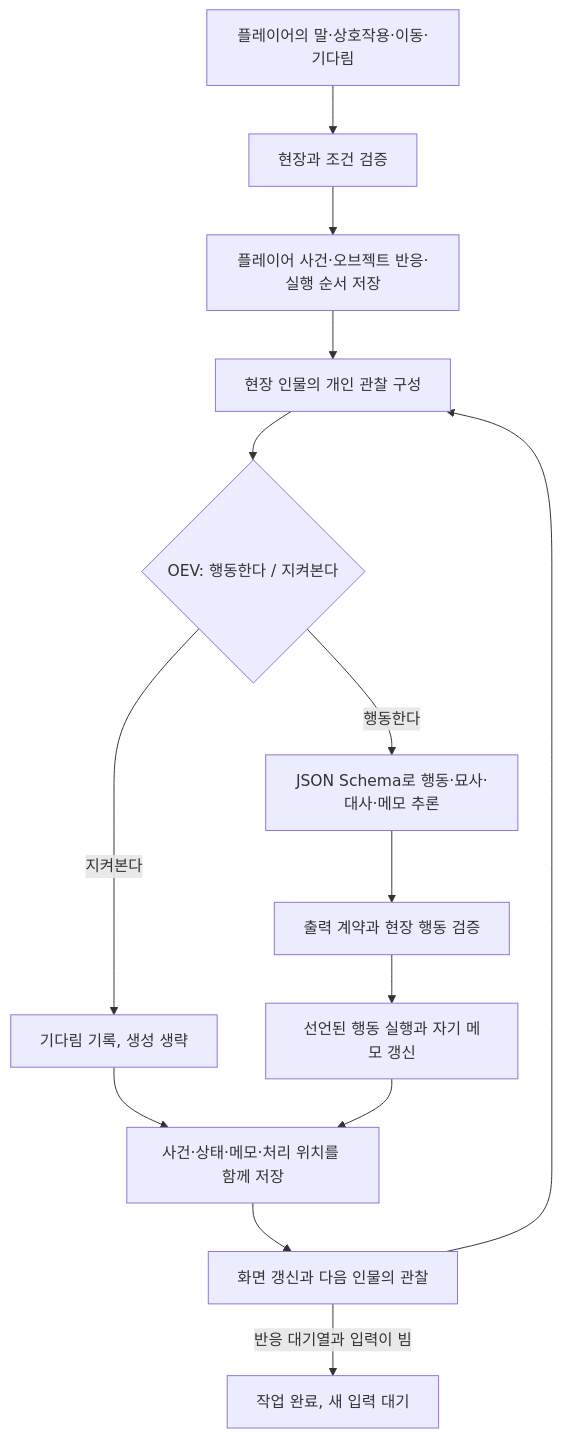
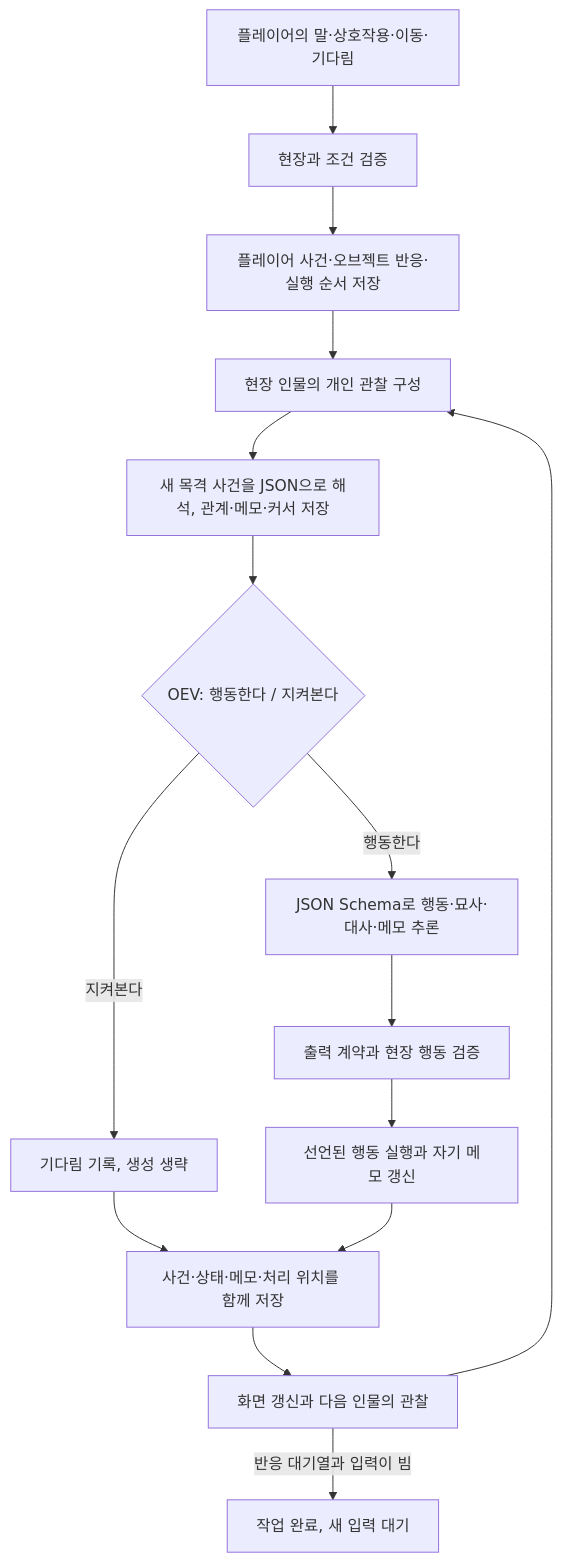
Before and after one commit to snowmerak/newera: the diagram in docs/PRODUCT.md, drawn with Mermaid. The commit also changed other lines of this file and 24 other files, not shown here.

````diff
--- a/docs/PRODUCT.md
+++ b/docs/PRODUCT.md
@@ -27,16 +27,17 @@
 ```mermaid
 flowchart TD
   P[플레이어의 말·상호작용·이동·기다림] --> V[현장과 조건 검증]
   V --> E[플레이어 사건·오브젝트 반응·실행 순서 저장]
   E --> O[현장 인물의 개인 관찰 구성]
-  O --> D{OEV: 행동한다 / 지켜본다}
+  O --> F[새 목격 사건을 JSON으로 해석, 관계·메모·커서 저장]
+  F --> D{OEV: 행동한다 / 지켜본다}
   D -->|지켜본다| W[기다림 기록, 생성 생략]
   D -->|행동한다| S[JSON Schema로 행동·묘사·대사·메모 추론]
   S --> V2[출력 계약과 현장 행동 검증]
   V2 --> R[선언된 행동 실행과 자기 메모 갱신]
   W --> C[사건·상태·메모·처리 위치를 함께 저장]
   R --> C
   C --> N[화면 갱신과 다음 인물의 관찰]
   N --> O
   N -->|반응 대기열과 입력이 빔| J[작업 완료, 새 입력 대기]
 ```
````
